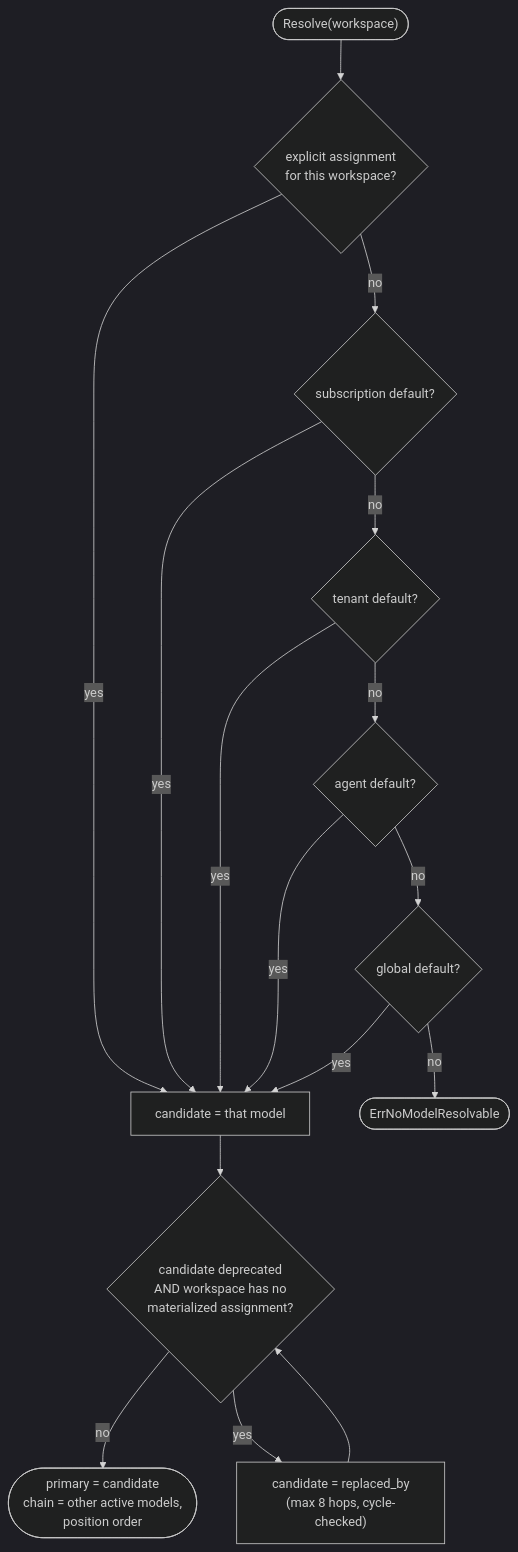
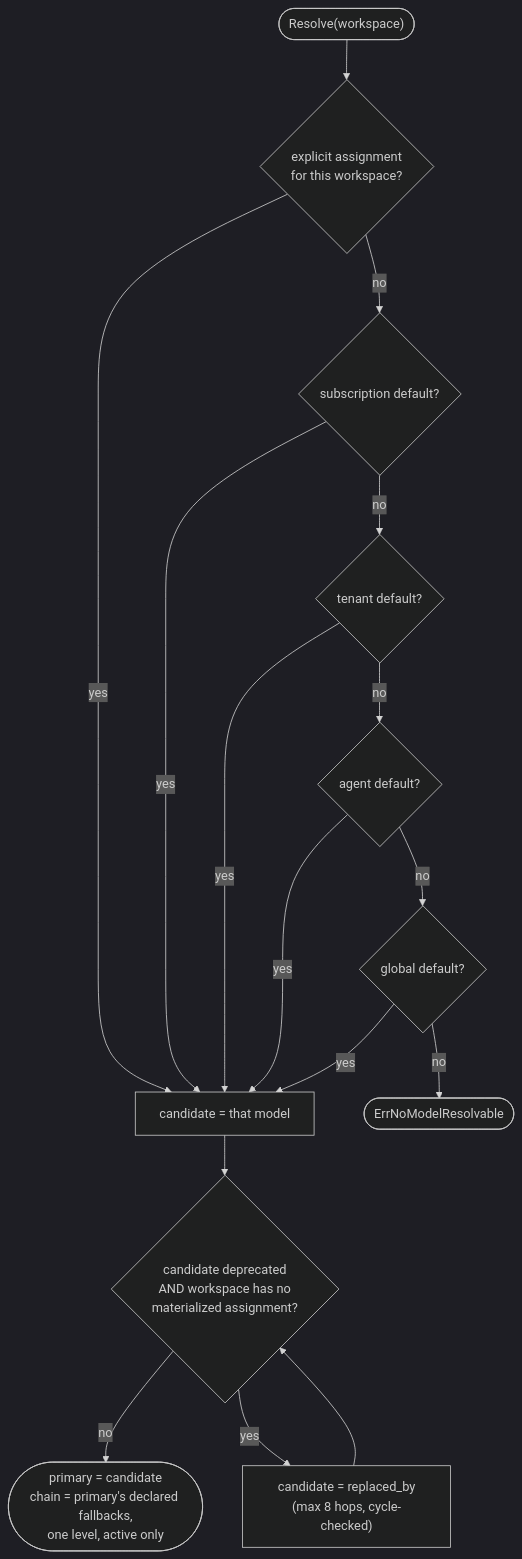
One commit to LepistaBioinformatics/zombie-crab-project changed the second of 3 diagrams in .specs/features/model-registry-source-of-truth/design.md. Above: the diagram before and after it, drawn with Mermaid (dark theme).

Commit message:
docs(model-registry): fix stale chain wording in the resolver diagram

````diff
--- a/.specs/features/model-registry-source-of-truth/design.md
+++ b/.specs/features/model-registry-source-of-truth/design.md
@@ -114,19 +114,19 @@
 ```mermaid
 flowchart TD
     start(["Resolve(workspace)"]) --> a{"explicit assignment<br/>for this workspace?"}
     a -->|yes| hit["candidate = that model"]
     a -->|no| b{"subscription default?"}
     b -->|yes| hit
     b -->|no| c{"tenant default?"}
     c -->|yes| hit
     c -->|no| d{"agent default?"}
     d -->|yes| hit
     d -->|no| e{"global default?"}
     e -->|yes| hit
     e -->|no| err(["ErrNoModelResolvable"])
 
     hit --> dep{"candidate deprecated<br/>AND workspace has no<br/>materialized assignment?"}
-    dep -->|no| out(["primary = candidate<br/>chain = other active models,<br/>position order"])
+    dep -->|no| out(["primary = candidate<br/>chain = primary's declared fallbacks,<br/>one level, active only"])
     dep -->|yes| hop["candidate = replaced_by<br/>(max 8 hops, cycle-checked)"]
     hop --> dep
 ```
````
